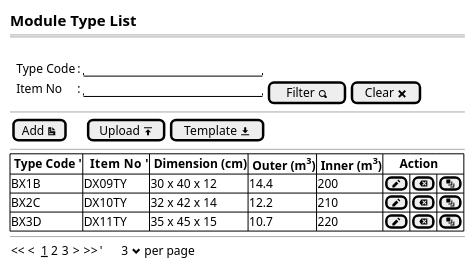
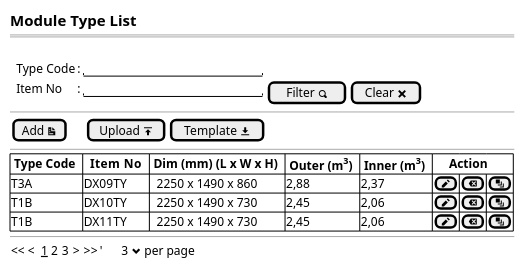
One commit to ari-fikri/packing-cost-mockup changed the diagram in Module Type/module type - list step0a.puml. Above: the diagram before and after it, drawn with PlantUML. The commit also changed 1 other file, not shown here.

Commit message:
input real data di module type

```diff
--- a/Module Type/module type - list step0a.puml
+++ b/Module Type/module type - list step0a.puml
@@ -1,27 +1,27 @@
 @startsalt
 {
   <size:15><b>Module Type List
   ==
   .
   {
       .|Type Code    |: |"                      "|*
       .|Item No      |: |"                      "| [Filter <&magnifying-glass>]| [Clear <&x>]| *      
 
   }
   --
   {
   [Add <&document>]|.|.|.|[Upload <&data-transfer-upload>]| [Template <&data-transfer-download>]|*
   }
   --
   {#
-    |<b> Type Code '|<b>  Item No  '|<b> Dimension (cm)  |<b> Outer (m<sup>3</sup>)   |<b> Inner (m<sup>3</sup>)   |<b>     Action |*|*|*
-    | BX1B          | DX09TY        | 30 x 40 x 12       | 14.4                       | 200                        | [<&pencil>]|[<&delete>]|[<&layers>]|*
-    | BX2C          | DX10TY        | 32 x 42 x 14       | 12.2                       | 210                        | [<&pencil>]|[<&delete>]|[<&layers>]|*
-    | BX3D          | DX11TY        | 35 x 45 x 15       | 10.7                       | 220                        | [<&pencil>]|[<&delete>]|[<&layers>]|*
+    |<b> Type Code  |<b>  Item No   |<b> Dim (mm) (L x W x H)  |<b> Outer (m<sup>3</sup>)  |<b> Inner (m<sup>3</sup>)  |<b>     Action |*|*|*
+    | T3A           | DX09TY        |  2250 x 1490 x 860       | 2,88                   | 2,37                    | [<&pencil>]|[<&delete>]|[<&layers>]|*
+    | T1B           | DX10TY        |  2250 x 1490 x 730       | 2,45                   | 2,06                    | [<&pencil>]|[<&delete>]|[<&layers>]|*
+    | T1B           | DX11TY        |  2250 x 1490 x 730       | 2,45                   | 2,06                   | [<&pencil>]|[<&delete>]|[<&layers>]|*
   }
   --
   {
   << <  __1__ 2 3  > >>  |'      3 <&chevron-bottom> per page |*
   }
 }
 @endsalt
```
